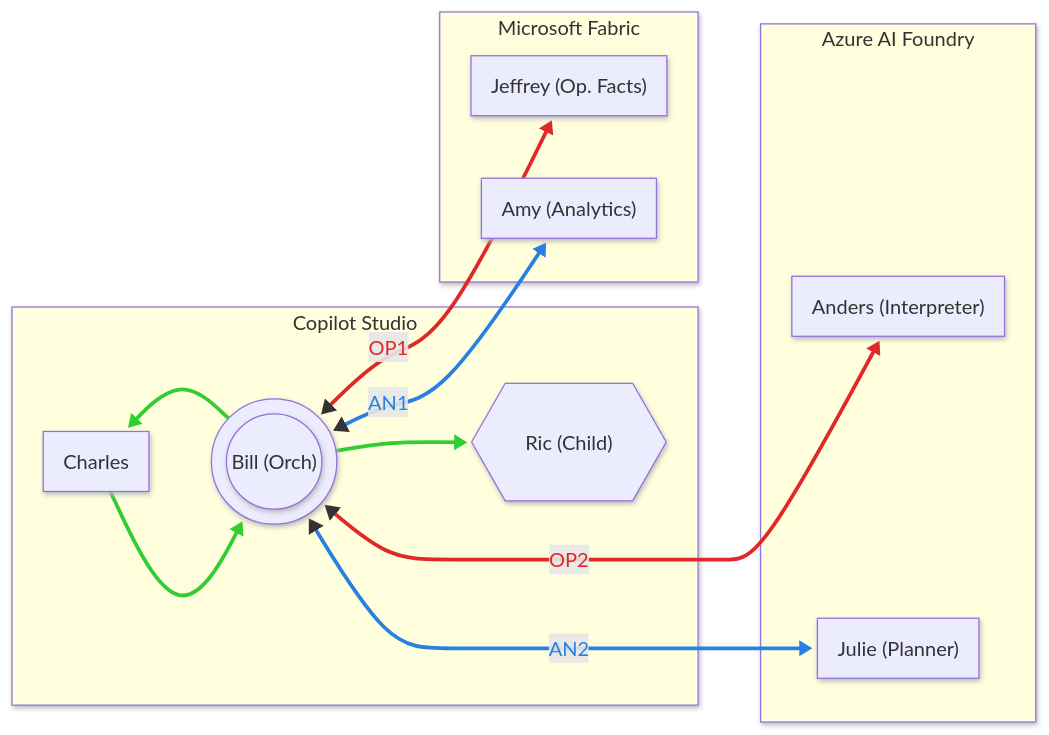
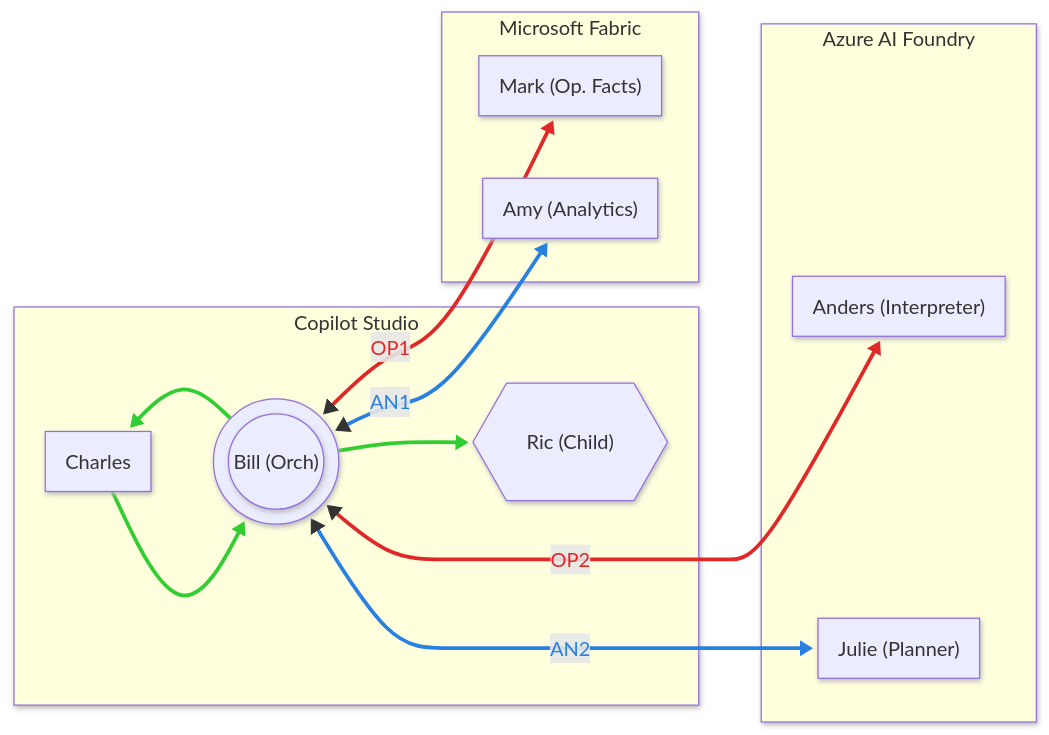
One commit to warnov/taller-multi-agentic changed the diagram in README.md. Above: the diagram before and after it, drawn with Mermaid.

Commit message:
Update README.md to replace 'Jeffrey' with 'Mark'

````diff
--- a/README.md
+++ b/README.md
@@ -54,44 +54,44 @@
 ``` mermaid
 ---
 config:
   look: neo
 ---
 flowchart LR
 
   subgraph CS["Copilot Studio"]
     Charles["Charles"]
     Bill((("Bill (Orch)")))
     Ric{{"Ric (Child)"}}
   end
 
   subgraph MF["Microsoft Fabric"]
-    Jeffrey["Jeffrey (Op. Facts)"]
+    Mark["Mark (Op. Facts)"]
     Amy["Amy (Analytics)"]
   end
 
   subgraph AF["Azure AI Foundry"]
     Anders["Anders (Interpreter)"]
     Julie["Julie (Planner)"]
   end
 
   %% Conexión invisible (Índice 0)
   MF ~~~ AF
 
   %% Conexiones
   Charles --> Bill
   Bill --> Charles
   Bill --> Ric
-  Bill <-->|OP1| Jeffrey
+  Bill <-->|OP1| Mark
   Bill <-->|OP2| Anders
   Bill <-->|AN1| Amy
   Bill <-->|AN2| Julie
 
   %% Estilos Verdes: Internos CS (Charles y Ric)
   linkStyle 1,2,3 stroke:#32CD32,stroke-width:3px,color:#32CD32
   
-  %% Estilos Rojos: Operativos (Jeffrey y Anders)
+  %% Estilos Rojos: Operativos (Mark y Anders)
   linkStyle 4,5 stroke:#E02828,stroke-width:3px,color:#E02828
   
   %% Estilos Azules: Analíticos (Amy y Julie)
   linkStyle 6,7 stroke:#2880E0,stroke-width:3px,color:#2880E0
 ```
````
